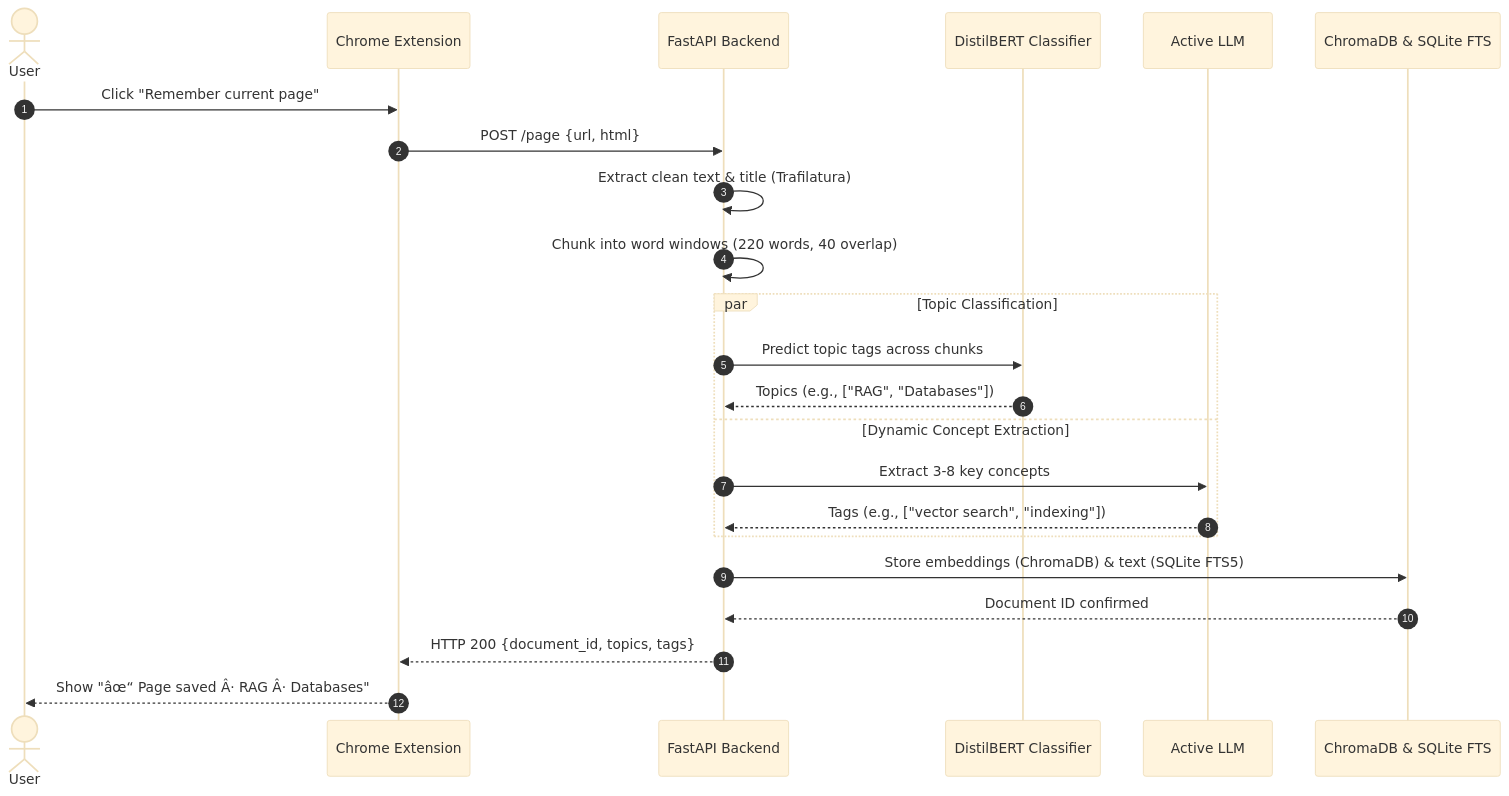
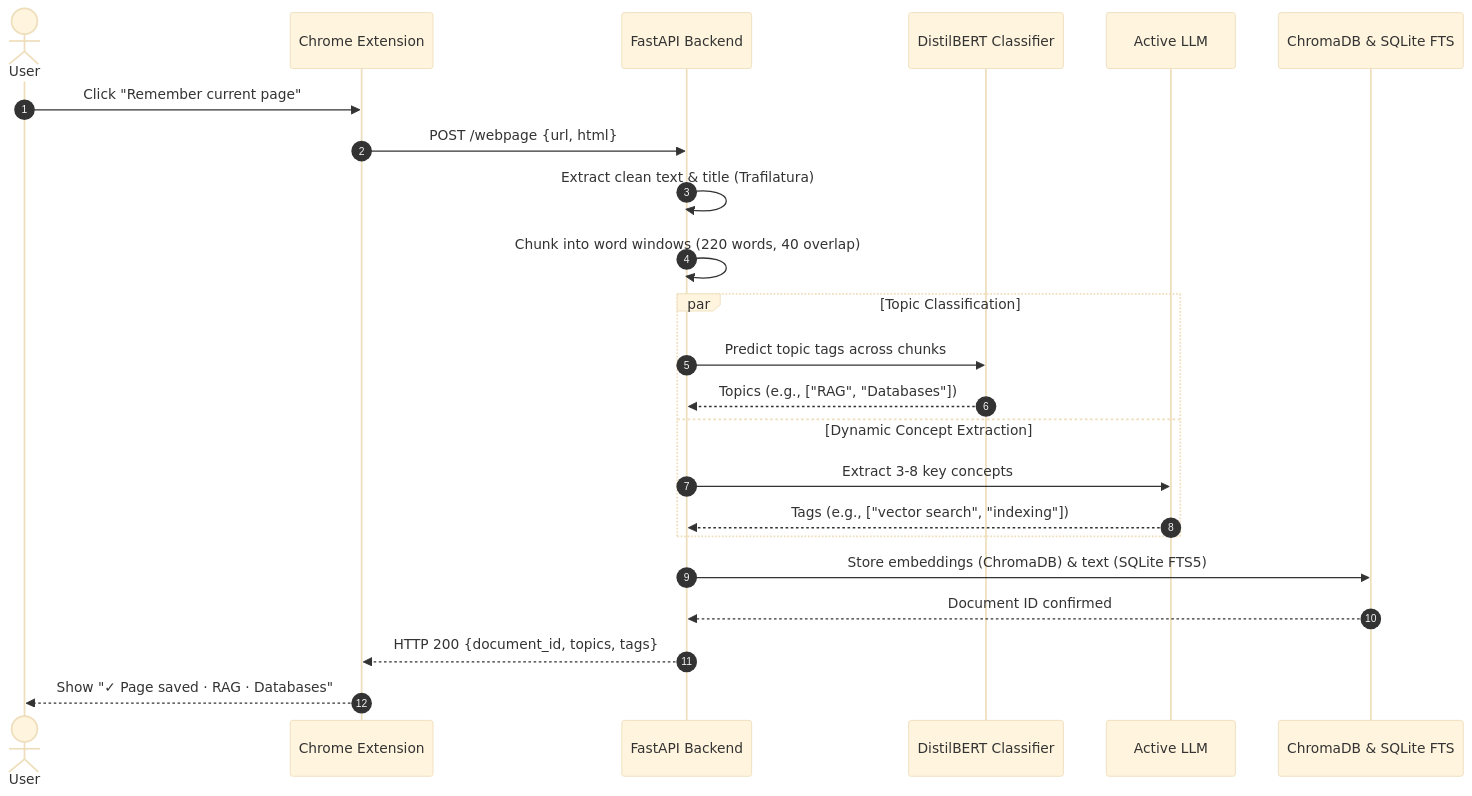
The second of 4 diagrams in docs/architecture.md (farhanx3rz/MemoryMind), drawn with Mermaid (base theme) before and after one commit. The commit also changed other lines of this file and 3 other files, not shown here.

````diff
--- a/docs/architecture.md
+++ b/docs/architecture.md
@@ -163,26 +163,26 @@
 ```mermaid
 sequenceDiagram
     autonumber
     actor User
     participant Ext as Chrome Extension
     participant API as FastAPI Backend
     participant ML as DistilBERT Classifier
     participant LLM as Active LLM
     participant DB as ChromaDB & SQLite FTS
 
     User->>Ext: Click "Remember current page"
-    Ext->>API: POST /page {url, html}
+    Ext->>API: POST /webpage {url, html}
     API->>API: Extract clean text & title (Trafilatura)
     API->>API: Chunk into word windows (220 words, 40 overlap)
     par Topic Classification
         API->>ML: Predict topic tags across chunks
         ML-->>API: Topics (e.g., ["RAG", "Databases"])
     and Dynamic Concept Extraction
         API->>LLM: Extract 3-8 key concepts
         LLM-->>API: Tags (e.g., ["vector search", "indexing"])
     end
     API->>DB: Store embeddings (ChromaDB) & text (SQLite FTS5)
     DB-->>API: Document ID confirmed
     API-->>Ext: HTTP 200 {document_id, topics, tags}
-    Ext-->>User: Show "âœ“ Page saved Â· RAG Â· Databases"
+    Ext-->>User: Show "✓ Page saved · RAG · Databases"
 ```
````
